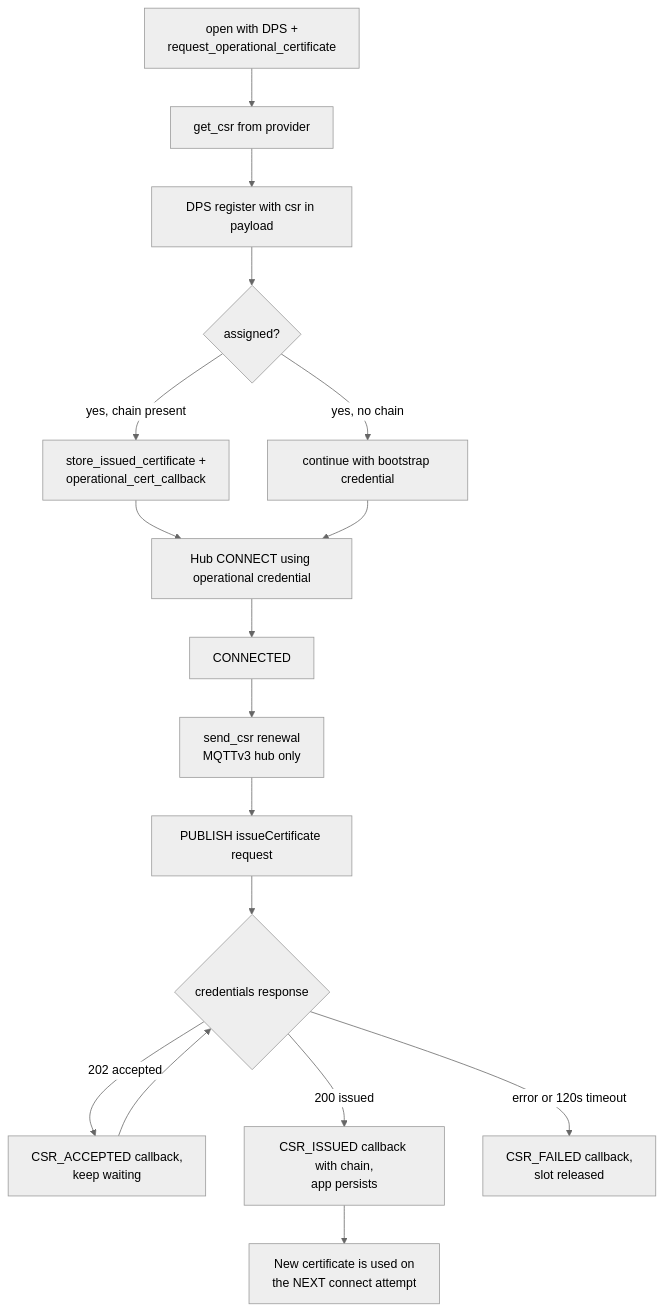
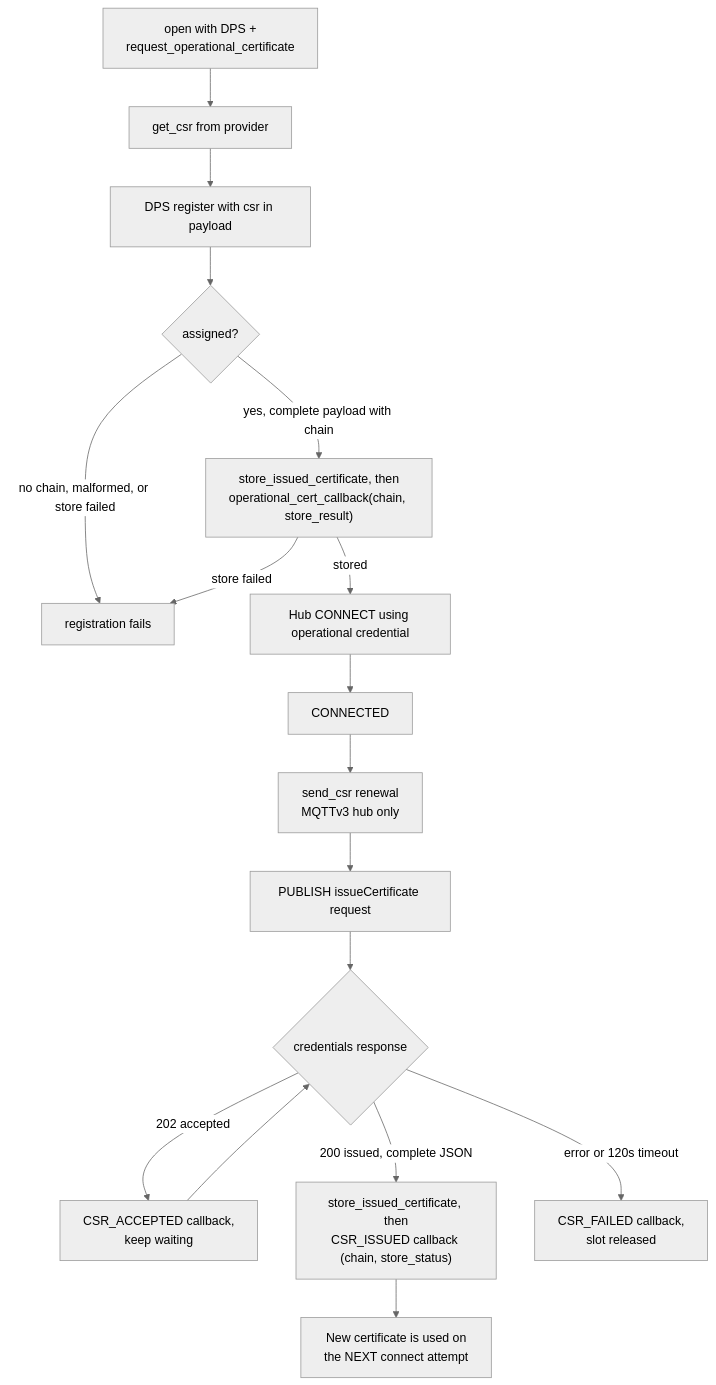
The sixth of 9 diagrams in c/docs/eng/connection.md (Azure/azure-iot-sdk), drawn with Mermaid (neutral theme) before and after one commit. The commit also changed other lines of this file and 5 other files, not shown here.

First line of the commit message:
[C] Docs: operational-cert callback must not close; provider-owned storage; tests check DPS state

````diff
--- a/c/docs/eng/connection.md
+++ b/c/docs/eng/connection.md
@@ -433,20 +433,20 @@
 ```mermaid
 flowchart TD
     A["open with DPS +<br/>request_operational_certificate"] --> B[get_csr from provider]
     B --> C["DPS register with csr in payload"]
     C --> D{assigned?}
-    D -->|"yes, chain present"| E["store_issued_certificate +<br/>operational_cert_callback"]
-    D -->|"yes, no chain"| F["continue with bootstrap credential"]
-    E --> G["Hub CONNECT using operational credential"]
-    F --> G
+    D -->|"yes, complete payload with chain"| E["store_issued_certificate, then<br/>operational_cert_callback(chain, store_result)"]
+    D -->|"no chain, malformed, or store failed"| F["registration fails"]
+    E -->|"stored"| G["Hub CONNECT using operational credential"]
+    E -->|"store failed"| F
 
     G --> H[CONNECTED]
     H --> I["send_csr renewal<br/>MQTTv3 hub only"]
     I --> J["PUBLISH issueCertificate request"]
     J --> K{credentials response}
     K -->|202 accepted| L["CSR_ACCEPTED callback,<br/>keep waiting"]
     L --> K
-    K -->|200 issued| M["CSR_ISSUED callback with chain,<br/>app persists"]
+    K -->|"200 issued, complete JSON"| M["store_issued_certificate, then<br/>CSR_ISSUED callback (chain, store_status)"]
     K -->|"error or 120s timeout"| N["CSR_FAILED callback,<br/>slot released"]
     M --> O["New certificate is used on<br/>the NEXT connect attempt"]
 ```
````
